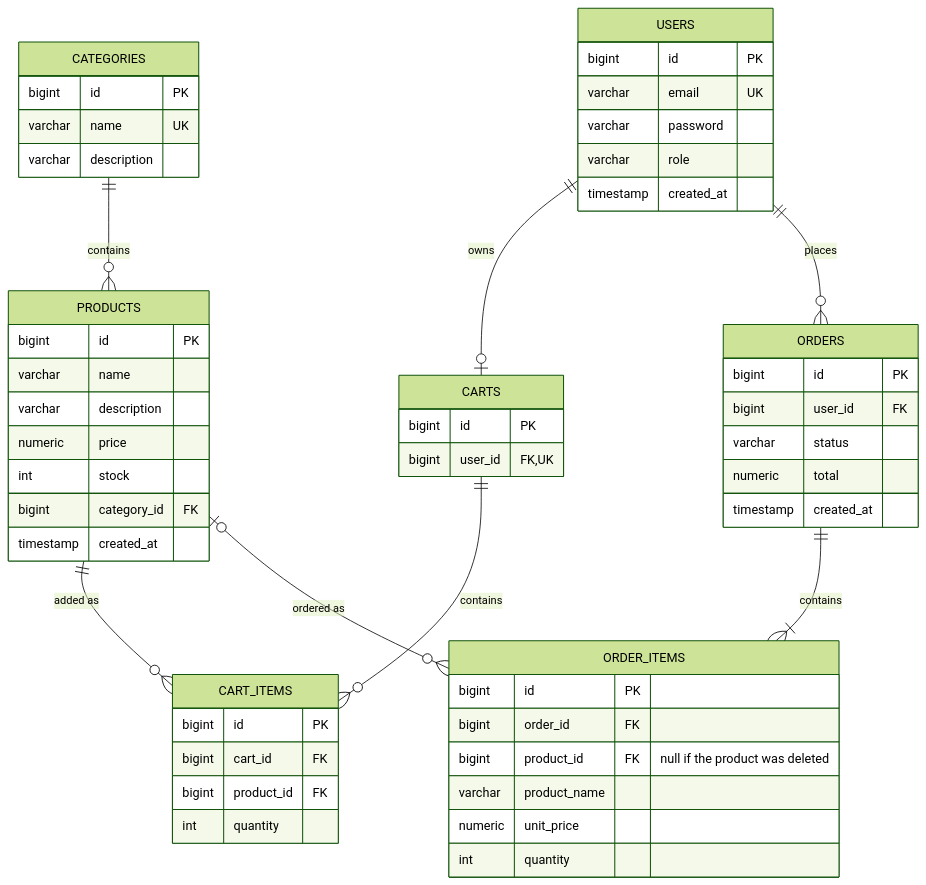
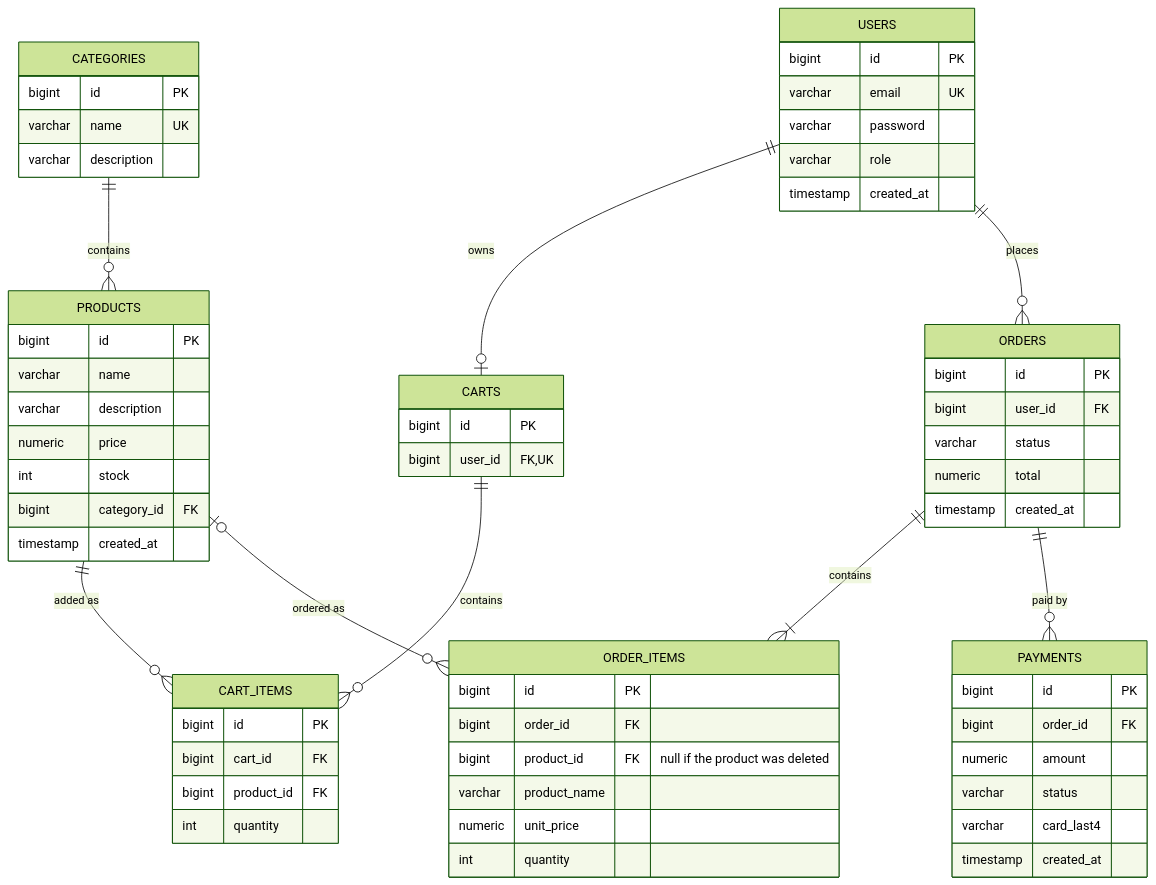
The second of 2 diagrams in README.md (monssefbaakka/ecommerce-microservices), drawn with Mermaid (forest theme) before and after one commit. The commit also changed other lines of this file, not shown here.

Commit message:
docs(readme): payments table in the database schema

````diff
--- a/README.md
+++ b/README.md
@@ -433,56 +433,65 @@
 ```mermaid
 erDiagram
     CATEGORIES ||--o{ PRODUCTS : contains
     USERS ||--o| CARTS : owns
     CARTS ||--o{ CART_ITEMS : contains
     PRODUCTS ||--o{ CART_ITEMS : "added as"
     USERS ||--o{ ORDERS : places
     ORDERS ||--|{ ORDER_ITEMS : contains
     PRODUCTS |o--o{ ORDER_ITEMS : "ordered as"
+    ORDERS ||--o{ PAYMENTS : "paid by"
     CATEGORIES {
         bigint id PK
         varchar name UK
         varchar description
     }
     PRODUCTS {
         bigint id PK
         varchar name
         varchar description
         numeric price
         int stock
         bigint category_id FK
         timestamp created_at
     }
     USERS {
         bigint id PK
         varchar email UK
         varchar password
         varchar role
         timestamp created_at
     }
     CARTS {
         bigint id PK
         bigint user_id FK,UK
     }
     CART_ITEMS {
         bigint id PK
         bigint cart_id FK
         bigint product_id FK
         int quantity
     }
     ORDERS {
         bigint id PK
         bigint user_id FK
         varchar status
         numeric total
         timestamp created_at
     }
     ORDER_ITEMS {
         bigint id PK
         bigint order_id FK
         bigint product_id FK "null if the product was deleted"
         varchar product_name
         numeric unit_price
         int quantity
     }
+    PAYMENTS {
+        bigint id PK
+        bigint order_id FK
+        numeric amount
+        varchar status
+        varchar card_last4
+        timestamp created_at
+    }
 ```
````
